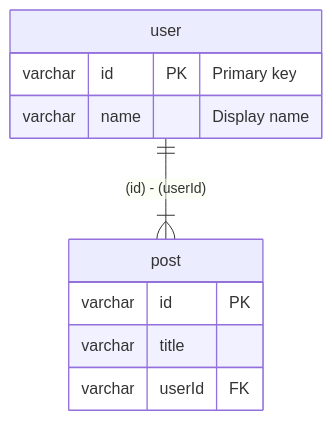
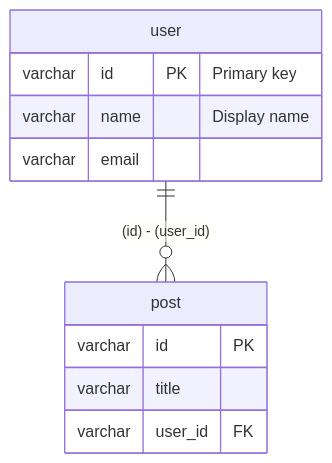
One commit to nakita628/drizzler changed the diagram in packages/drizzler/docs/generate.md. Above: the diagram before and after it, drawn with Mermaid. The commit also changed other lines of this file and 16 other files, not shown here.

First line of the commit message:
Name DBML and Mermaid as the database does, with its types and constraints

````diff
--- a/packages/drizzler/docs/generate.md
+++ b/packages/drizzler/docs/generate.md
@@ -228,13 +238,14 @@
 ```mermaid
 erDiagram
-    user ||--|{ post : "(id) - (userId)"
+    user ||--o{ post : "(id) - (user_id)"
     user {
         varchar id PK "Primary key"
         varchar name "Display name"
+        varchar email
     }
     post {
         varchar id PK
         varchar title
-        varchar userId FK
+        varchar user_id FK
     }
 ```
````
